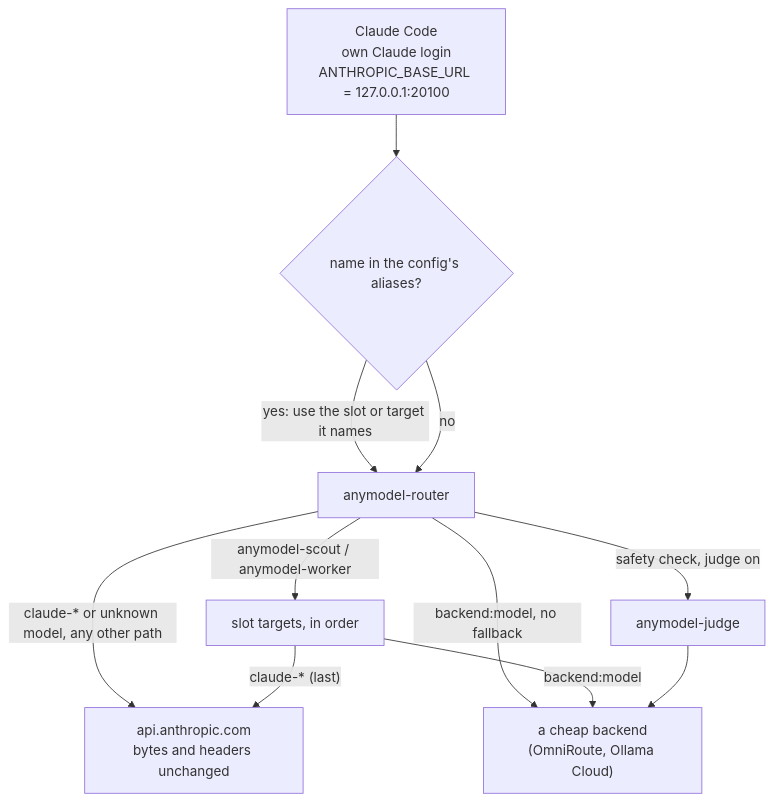
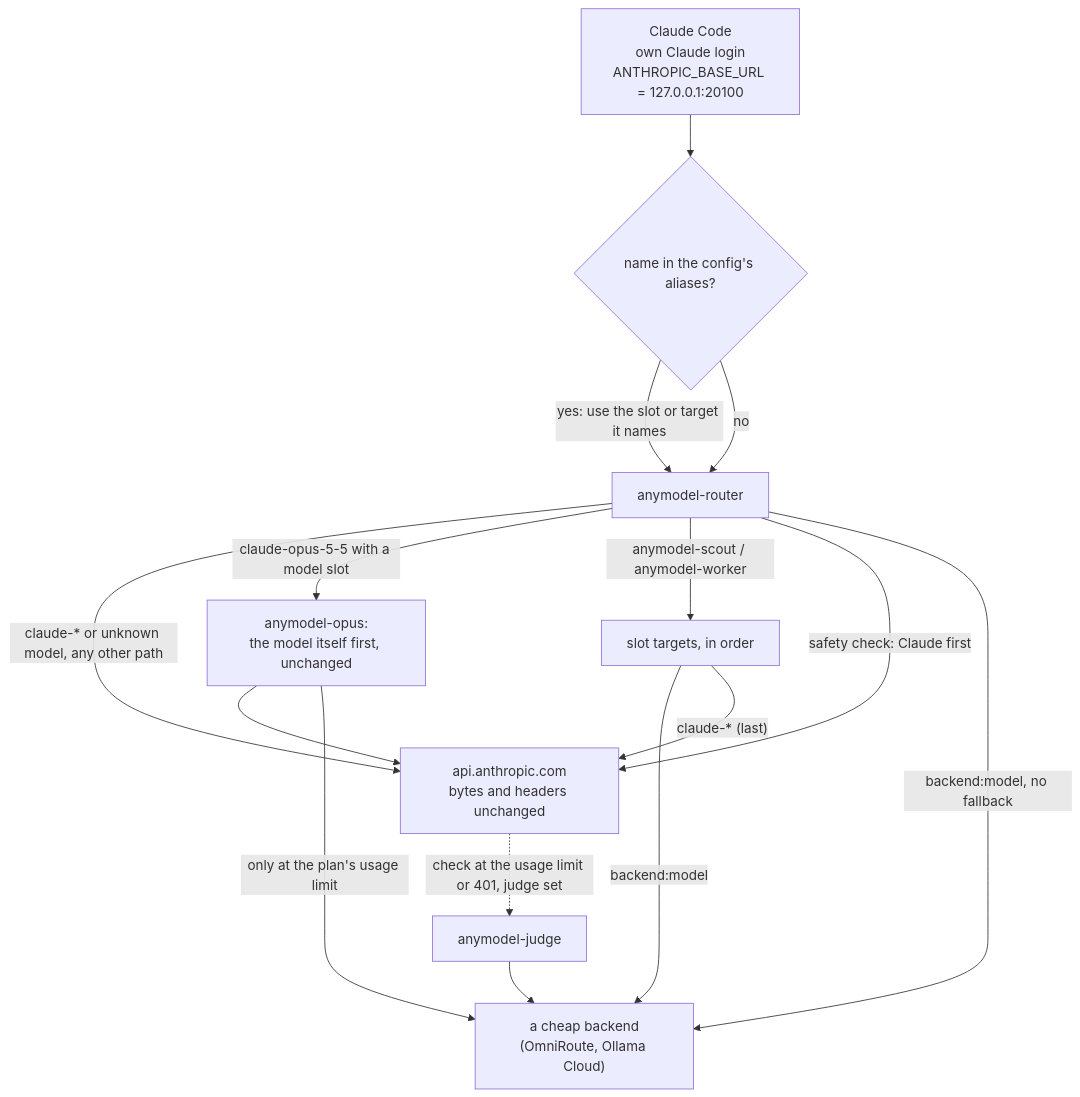
The diagram in docs/gateway.md (sellanybiz/cc-smart-dev-kit), drawn with Mermaid before and after one commit. The commit also changed other lines of this file and 32 other files, not shown here.

````diff
--- a/docs/gateway.md
+++ b/docs/gateway.md
@@ -31,13 +36,17 @@
 ```mermaid
 flowchart TD
     CC["Claude Code<br/>own Claude login<br/>ANTHROPIC_BASE_URL = 127.0.0.1:20100"] --> AL{"name in the config's aliases?"}
     AL -->|"yes: use the slot or target it names"| R
     AL -->|"no"| R["anymodel-router"]
     R -->|"claude-* or unknown model, any other path"| A["api.anthropic.com<br/>bytes and headers unchanged"]
+    R -->|"claude-opus-5-5 with a model slot"| M["anymodel-opus:<br/>the model itself first, unchanged"]
+    M --> A
+    M -->|"only at the plan's usage limit"| O
     R -->|"anymodel-scout / anymodel-worker"| S["slot targets, in order"]
-    R -->|"safety check, judge on"| J["anymodel-judge"]
+    R -->|"safety check: Claude first"| A
+    A -.->|"check at the usage limit or 401, judge set"| J["anymodel-judge"]
     R -->|"backend:model, no fallback"| O
     S -->|"backend:model"| O["a cheap backend<br/>(OmniRoute, Ollama Cloud)"]
     S -->|"claude-* (last)"| A
     J --> O
 ```
````
